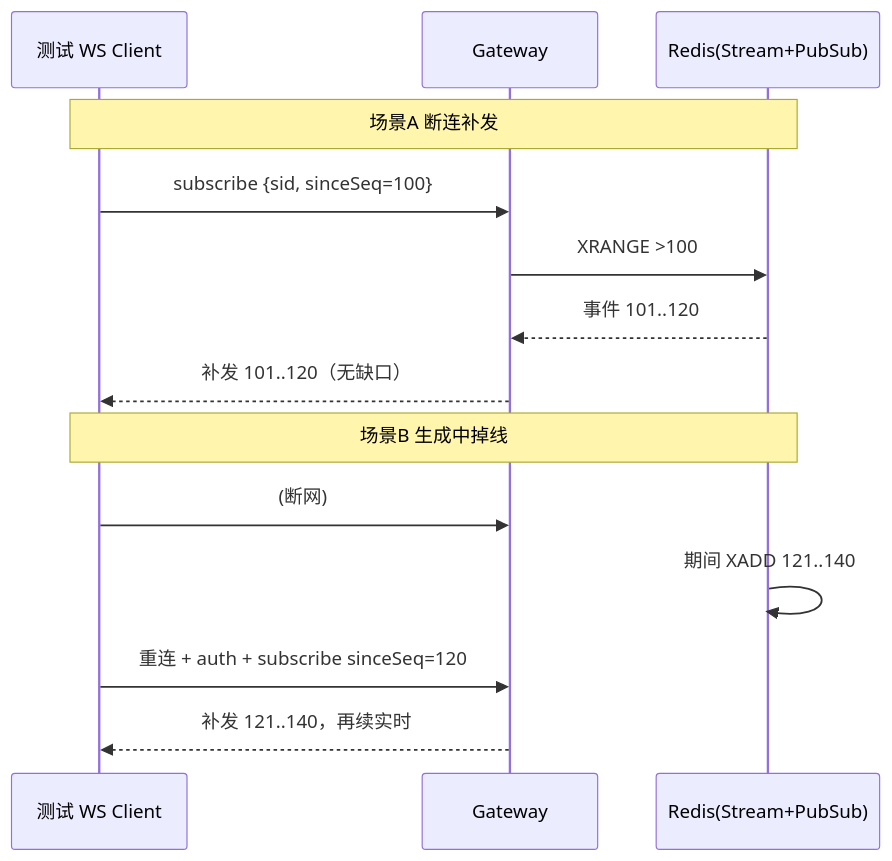
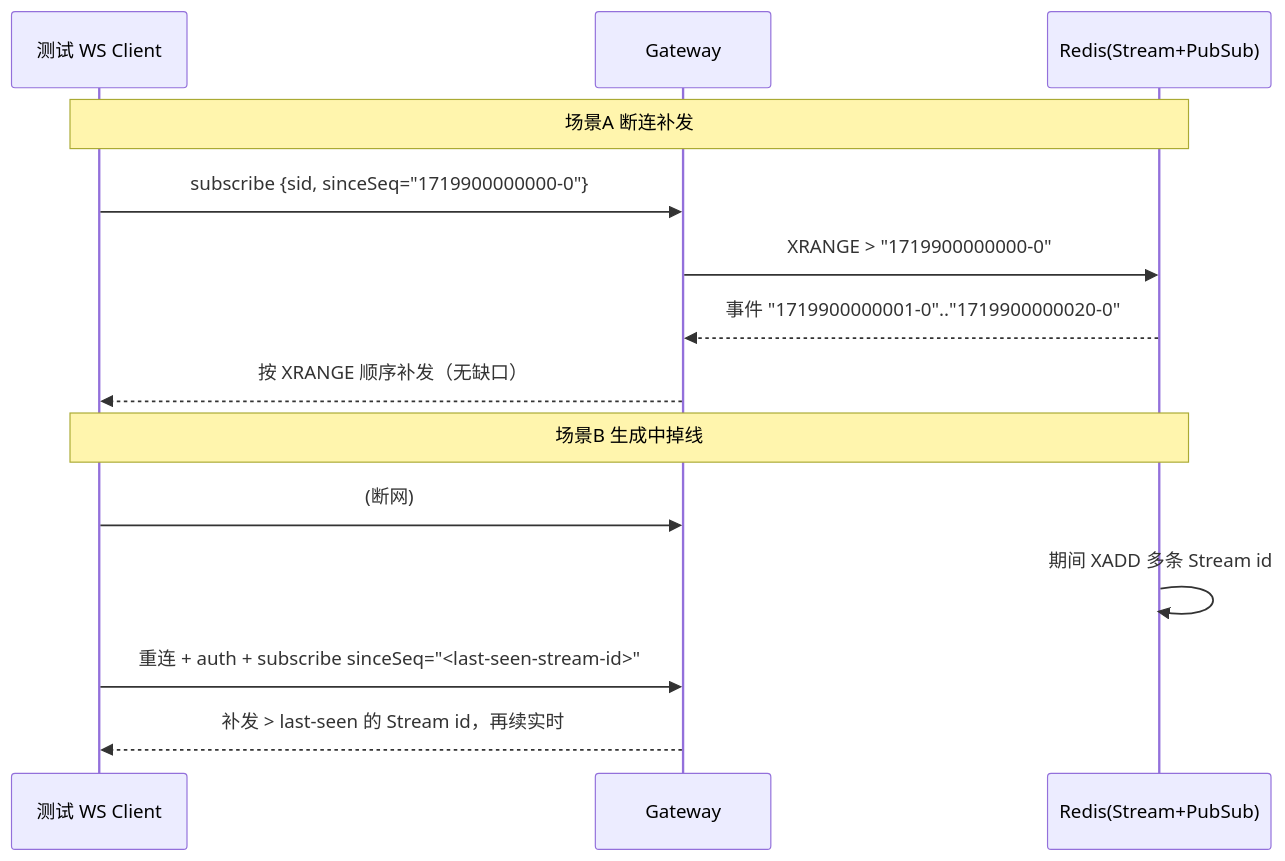
One commit to edward-ng-duke/LobsterAI changed the fifth of 9 diagrams in 改造计划/16-测试策略与验收标准.md. Above: the diagram before and after it, drawn with Mermaid. The commit also changed other lines of this file and 27 other files, not shown here.

````diff
--- a/改造计划/16-测试策略与验收标准.md
+++ b/改造计划/16-测试策略与验收标准.md
@@ -279,16 +301,16 @@
 ```mermaid
 sequenceDiagram
   participant C as 测试 WS Client
   participant GW as Gateway
   participant RS as Redis(Stream+PubSub)
   Note over C,RS: 场景A 断连补发
-  C->>GW: subscribe {sid, sinceSeq=100}
-  GW->>RS: XRANGE >100
-  RS-->>GW: 事件 101..120
-  GW-->>C: 补发 101..120（无缺口）
+  C->>GW: subscribe {sid, sinceSeq="1719900000000-0"}
+  GW->>RS: XRANGE > "1719900000000-0"
+  RS-->>GW: 事件 "1719900000001-0".."1719900000020-0"
+  GW-->>C: 按 XRANGE 顺序补发（无缺口）
   Note over C,RS: 场景B 生成中掉线
   C->>GW: (断网)
-  RS->>RS: 期间 XADD 121..140
-  C->>GW: 重连 + auth + subscribe sinceSeq=120
-  GW-->>C: 补发 121..140，再续实时
+  RS->>RS: 期间 XADD 多条 Stream id
+  C->>GW: 重连 + auth + subscribe sinceSeq="<last-seen-stream-id>"
+  GW-->>C: 补发 > last-seen 的 Stream id，再续实时
 ```
````
